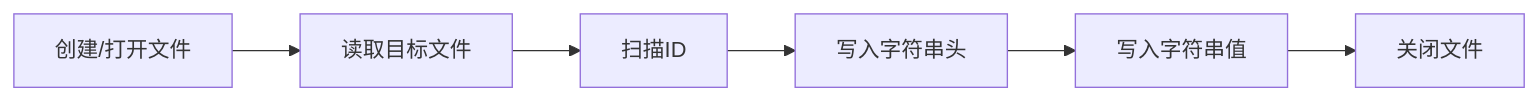
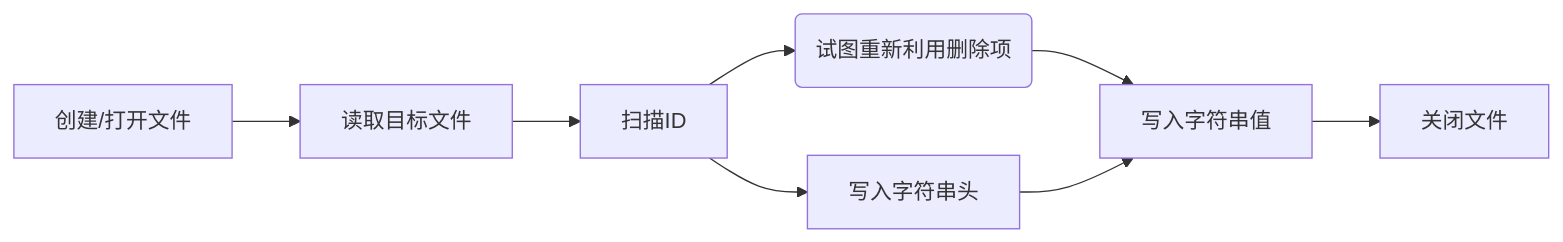
Before and after one commit to caoaolong/coding-soul-docs: the third of 5 diagrams in docs/9.手写文本数据库1.md, drawn with Mermaid. The commit also changed other lines of this file and 5 other files, not shown here.

````diff
--- a/docs/9.手写文本数据库1.md
+++ b/docs/9.手写文本数据库1.md
@@ -82,4 +83,5 @@
 ```mermaid
 graph LR;
-A[创建/打开文件] --> B[读取目标文件] --> C[扫描ID] --> D[写入字符串头] --> E[写入字符串值] --> F[关闭文件]
+A[创建/打开文件] --> B[读取目标文件] --> C[扫描ID] --> C1(试图重新利用删除项) --> E[写入字符串值] --> F[关闭文件]
+C --> D[写入字符串头] --> E
 ```
````
